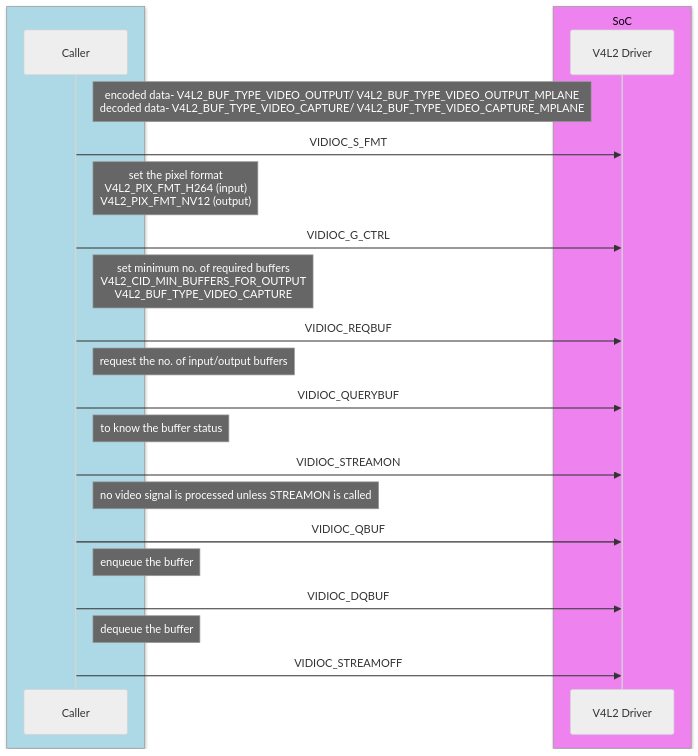
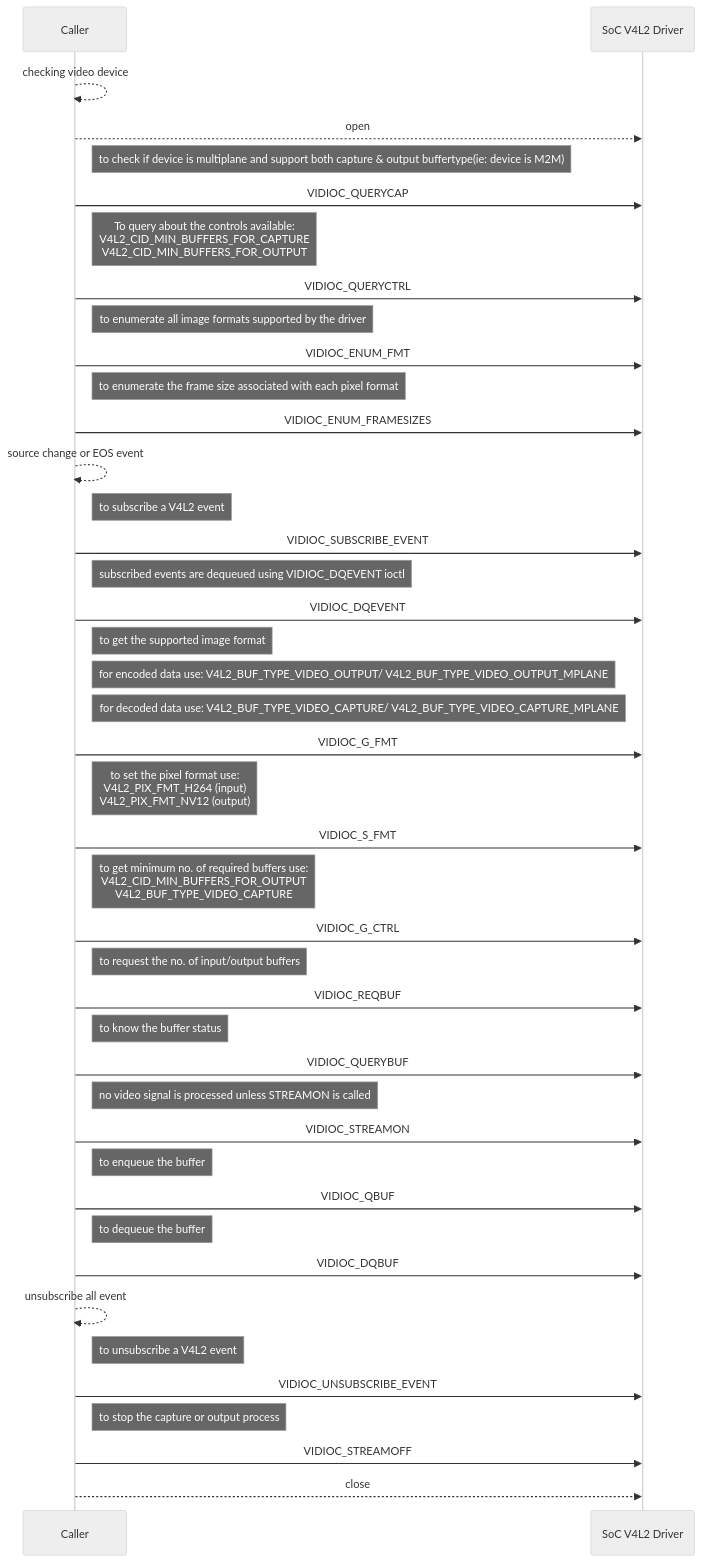
The third of 3 diagrams in docs/pages/v4l2.md (rdkcentral/rdk-halif-v4l2), drawn with Mermaid (neutral theme) before and after one commit. The commit also changed other lines of this file, not shown here.

````diff
--- a/docs/pages/v4l2.md
+++ b/docs/pages/v4l2.md
@@ -274,28 +239,47 @@
 ```mermaid
 
 sequenceDiagram
-box lightblue
 participant Caller
-end
-box violet SoC
-participant V4L2 Driver
-end
+participant SoC V4L2 Driver
 
-Note right of Caller: encoded data- V4L2_BUF_TYPE_VIDEO_OUTPUT/ V4L2_BUF_TYPE_VIDEO_OUTPUT_MPLANE <br/> decoded data- V4L2_BUF_TYPE_VIDEO_CAPTURE/ V4L2_BUF_TYPE_VIDEO_CAPTURE_MPLANE 
-Caller->> V4L2 Driver: VIDIOC_S_FMT
-note right of Caller: set the pixel format <br/> V4L2_PIX_FMT_H264 (input) <br/> V4L2_PIX_FMT_NV12 (output)
-Caller->> V4L2 Driver: VIDIOC_G_CTRL
-note right of Caller: set minimum no. of required buffers <br/> V4L2_CID_MIN_BUFFERS_FOR_OUTPUT <br/> V4L2_BUF_TYPE_VIDEO_CAPTURE
-Caller->> V4L2 Driver: VIDIOC_REQBUF
-note right of Caller: request the no. of input/output buffers
-Caller->> V4L2 Driver: VIDIOC_QUERYBUF
+Caller-->>Caller: checking video device
+Caller-->>SoC V4L2 Driver: open
+Note right of Caller: to check if device is multiplane and support both capture & output buffertype(ie: device is M2M) 
+Caller->>SoC V4L2 Driver: VIDIOC_QUERYCAP
+Note right of Caller: To query about the controls available​: <br/> V4L2_CID_MIN_BUFFERS_FOR_CAPTURE <br/> V4L2_CID_MIN_BUFFERS_FOR_OUTPUT
+Caller->>SoC V4L2 Driver: VIDIOC_QUERYCTRL​
+Note right of Caller: to enumerate all image formats supported by the driver
+Caller->>SoC V4L2 Driver: VIDIOC_ENUM_FMT
+Note right of Caller: to enumerate the frame size associated with each pixel format
+Caller->>SoC V4L2 Driver: VIDIOC_ENUM_FRAMESIZES
+Caller-->>Caller: source change or EOS event
+Note right of Caller: to subscribe a V4L2 event
+Caller->>SoC V4L2 Driver: VIDIOC_SUBSCRIBE_EVENT
+Note right of Caller: subscribed events are dequeued using VIDIOC_DQEVENT ioctl
+Caller->>SoC V4L2 Driver: VIDIOC_DQEVENT
+Note right of Caller: to get the supported image format
+Note right of Caller: for encoded data use: V4L2_BUF_TYPE_VIDEO_OUTPUT/ V4L2_BUF_TYPE_VIDEO_OUTPUT_MPLANE  
+Note right of Caller: for decoded data use: V4L2_BUF_TYPE_VIDEO_CAPTURE/ V4L2_BUF_TYPE_VIDEO_CAPTURE_MPLANE
+Caller->>SoC V4L2 Driver: VIDIOC_G_FMT
+note right of Caller: to set the pixel format use: <br/>V4L2_PIX_FMT_H264 (input) <br/> V4L2_PIX_FMT_NV12 (output)
+Caller->>SoC V4L2 Driver: VIDIOC_S_FMT
+note right of Caller: to get minimum no. of required buffers use: <br/> V4L2_CID_MIN_BUFFERS_FOR_OUTPUT <br/> V4L2_BUF_TYPE_VIDEO_CAPTURE
+Caller->>SoC V4L2 Driver: VIDIOC_G_CTRL
+note right of Caller: to request the no. of input/output buffers
+Caller->>SoC V4L2 Driver: VIDIOC_REQBUF
 note right of Caller: to know the buffer status
-Caller->> V4L2 Driver: VIDIOC_STREAMON
+Caller->>SoC V4L2 Driver: VIDIOC_QUERYBUF
 note right of Caller: no video signal is processed unless STREAMON is called
-Caller->> V4L2 Driver: VIDIOC_QBUF
-note right of Caller: enqueue the buffer
-Caller->> V4L2 Driver: VIDIOC_DQBUF
-note right of Caller: dequeue the buffer
-Caller->> V4L2 Driver: VIDIOC_STREAMOFF
+Caller->>SoC V4L2 Driver: VIDIOC_STREAMON
+note right of Caller: to enqueue the buffer
+Caller->>SoC V4L2 Driver: VIDIOC_QBUF
+note right of Caller: to dequeue the buffer
+Caller->>SoC V4L2 Driver: VIDIOC_DQBUF
+Caller-->>Caller: unsubscribe all event
+Note right of Caller: to unsubscribe a V4L2 event
+Caller->>SoC V4L2 Driver: VIDIOC_UNSUBSCRIBE_EVENT
+note right of Caller: to stop the capture or output process
+Caller->>SoC V4L2 Driver: VIDIOC_STREAMOFF
+Caller-->>SoC V4L2 Driver: close
 
 ```
````
